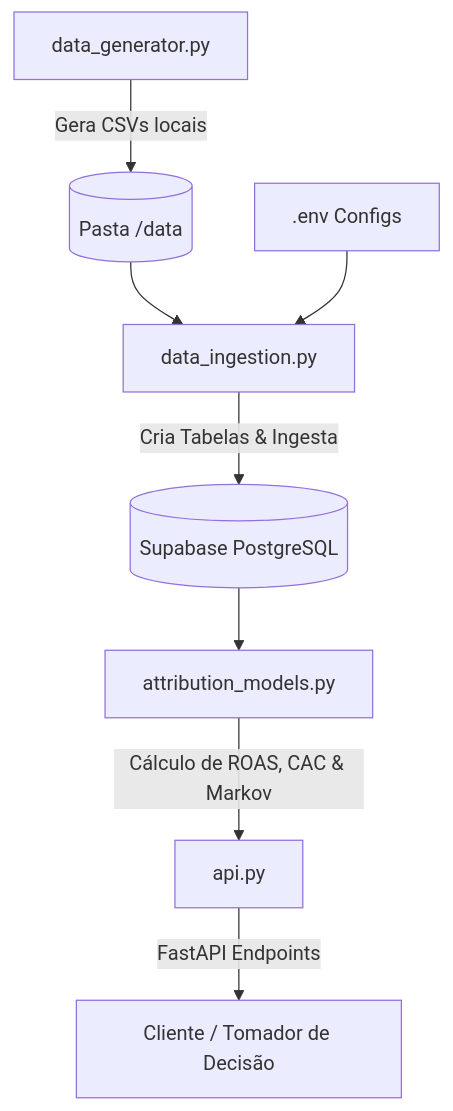
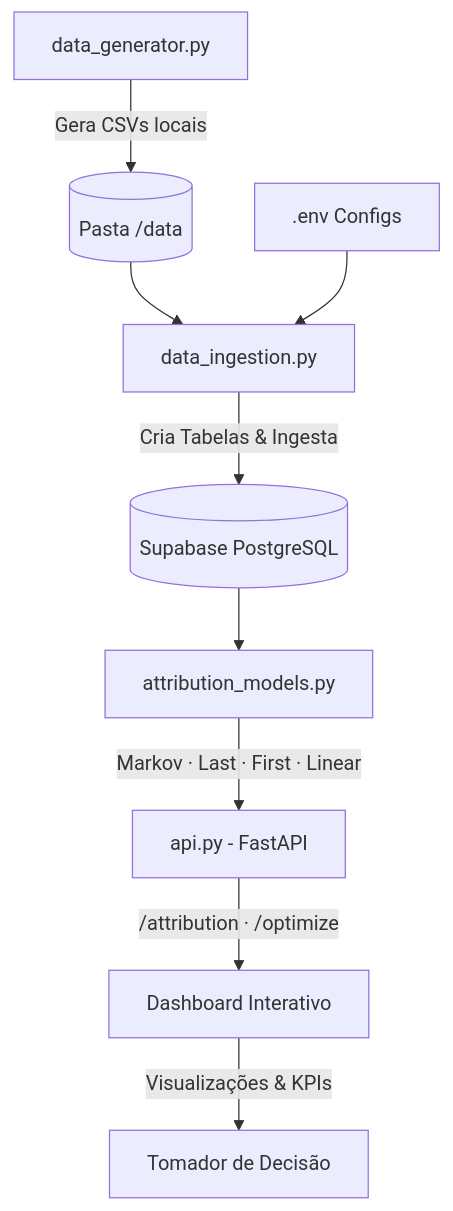
Before and after one commit to Bkalene/mta-pipeline: the diagram in README.md, drawn with Mermaid. The commit also changed other lines of this file and 4 other files, not shown here.

````diff
--- a/README.md
+++ b/README.md
@@ -31,10 +9,11 @@
 ```mermaid
 flowchart TD
     A[data_generator.py] -->|Gera CSVs locais| B[(Pasta /data)]
     B --> C[data_ingestion.py]
     D[.env Configs] --> C
     C -->|Cria Tabelas & Ingesta| E[(Supabase PostgreSQL)]
     E --> F[attribution_models.py]
-    F -->|Cálculo de ROAS, CAC & Markov| G[api.py]
-    G -->|FastAPI Endpoints| H[Cliente / Tomador de Decisão]
+    F -->|Markov · Last · First · Linear| G[api.py - FastAPI]
+    G -->|/attribution · /optimize| H[Dashboard Interativo]
+    H -->|Visualizações & KPIs| I[Tomador de Decisão]
 ```
````
